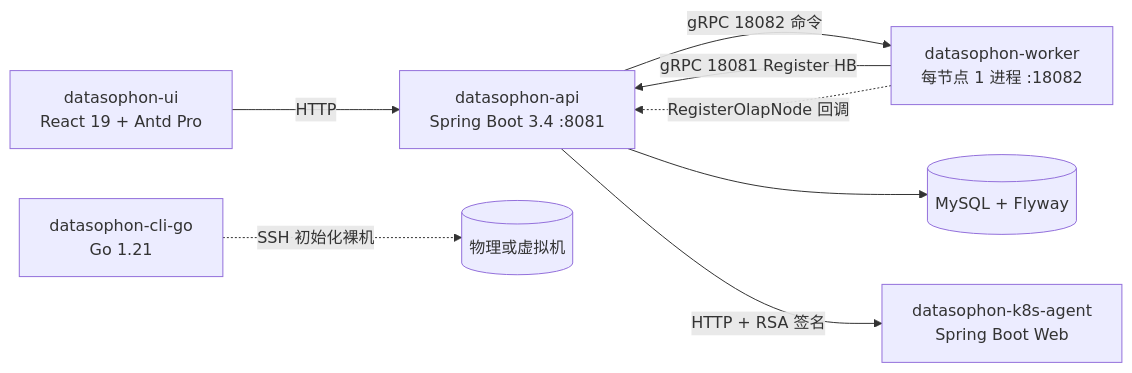
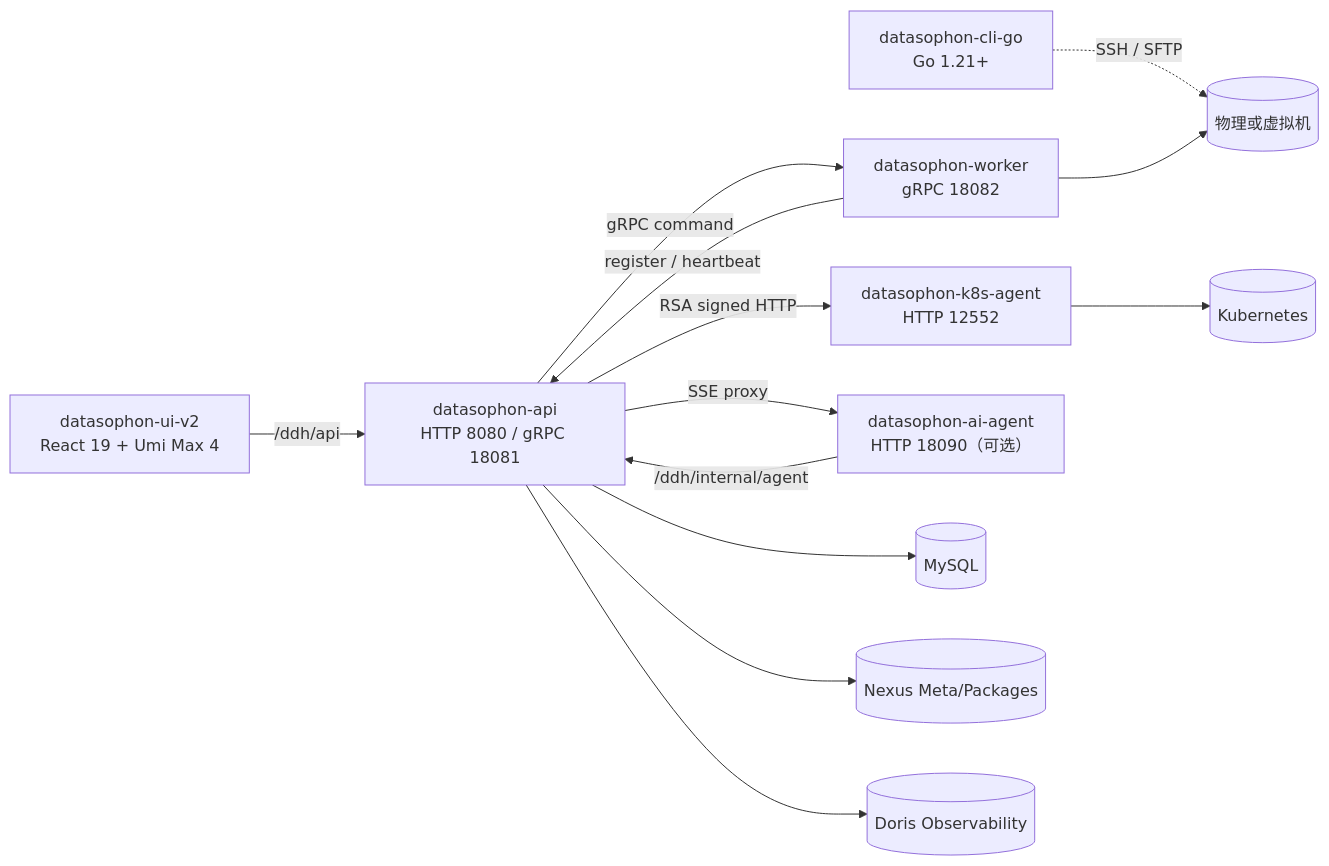
One commit to 88fantasy/datasophon changed the diagram in README.md. Above: the diagram before and after it, drawn with Mermaid. The commit also changed other lines of this file and 12 other files, not shown here.

````diff
--- a/README.md
+++ b/README.md
@@ -30,18 +28,27 @@
 ```mermaid
 flowchart LR
-    UI["datasophon-ui<br/>React 19 + Antd Pro"]
-    CLI["datasophon-cli-go<br/>Go 1.21"]
-    API["datasophon-api<br/>Spring Boot 3.4 :8081"]
-    Wkr["datasophon-worker<br/>每节点 1 进程 :18082"]
-    Agent["datasophon-k8s-agent<br/>Spring Boot Web"]
-    DB[("MySQL + Flyway")]
-    Hosts[("物理或虚拟机")]
+    UI["datasophon-ui-v2<br/>React 19 + Umi Max 4"]
+    CLI["datasophon-cli-go<br/>Go 1.21+"]
+    API["datasophon-api<br/>HTTP 8080 / gRPC 18081"]
+    Worker["datasophon-worker<br/>gRPC 18082"]
+    Agent["datasophon-k8s-agent<br/>HTTP 12552"]
+    AI["datasophon-ai-agent<br/>HTTP 18090（可选）"]
+    MySQL[(MySQL)]
+    Nexus[(Nexus Meta/Packages)]
+    Doris[(Doris Observability)]
+    Hosts[(物理或虚拟机)]
+    K8s[(Kubernetes)]
 
-    UI -->|HTTP| API
-    CLI -.->|SSH 初始化裸机| Hosts
-    API -->|gRPC 18082 命令| Wkr
-    Wkr -->|gRPC 18081 Register HB| API
-    Wkr -.->|RegisterOlapNode 回调| API
-    API --> DB
-    API -->|HTTP + RSA 签名| Agent
+    UI -->|/ddh/api| API
+    CLI -.->|SSH / SFTP| Hosts
+    API --> MySQL
+    API --> Nexus
+    API --> Doris
+    API -->|gRPC command| Worker
+    Worker -->|register / heartbeat| API
+    Worker --> Hosts
+    API -->|RSA signed HTTP| Agent
+    Agent --> K8s
+    API -->|SSE proxy| AI
+    AI -->|/ddh/internal/agent| API
 ```
````
